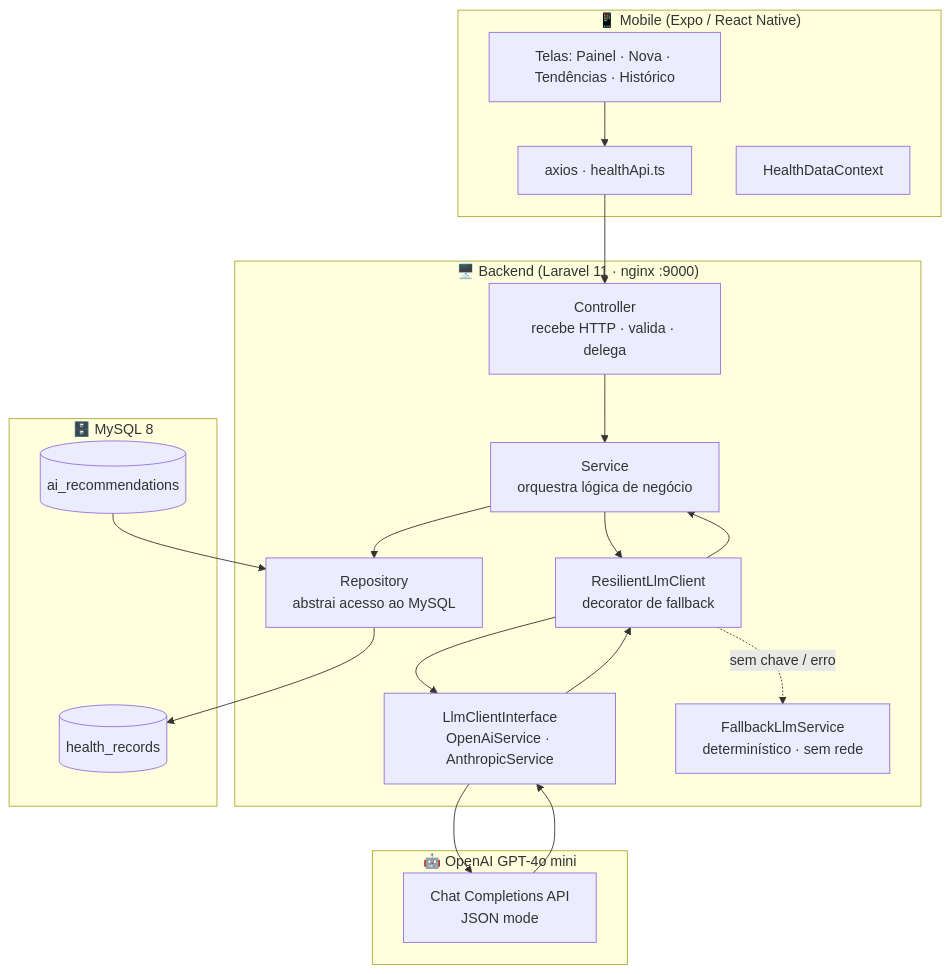
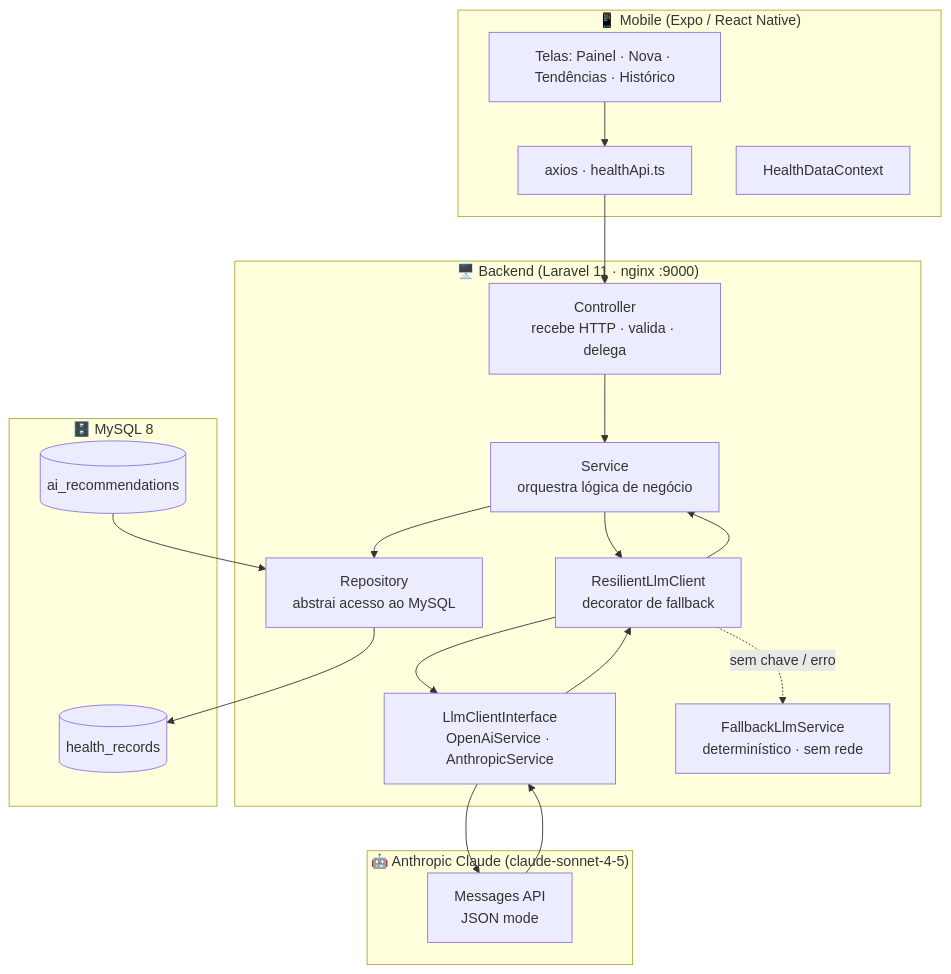
One commit to cesarfauth/health-dashboard-mvp changed the diagram in README.md. Above: the diagram before and after it, drawn with Mermaid. The commit also changed other lines of this file and 2 other files, not shown here.

First line of the commit message:
refactor(llm): set Anthropic claude-sonnet-4-5 as default provider

````diff
--- a/README.md
+++ b/README.md
@@ -96,35 +96,35 @@
 ```mermaid
 graph TD
     subgraph Mobile ["📱 Mobile (Expo / React Native)"]
         UI[Telas: Painel · Nova · Tendências · Histórico]
         AX[axios · healthApi.ts]
         CTX[HealthDataContext]
     end
 
     subgraph Backend ["🖥️ Backend (Laravel 11 · nginx :9000)"]
         CTRL[Controller\nrecebe HTTP · valida · delega]
         SVC[Service\norquestra lógica de negócio]
         REPO[Repository\nabstrai acesso ao MySQL]
         LLM[LlmClientInterface\nOpenAiService · AnthropicService]
         FALL[FallbackLlmService\ndeterminístico · sem rede]
         RES[ResilientLlmClient\ndecorator de fallback]
     end
 
     subgraph DB ["🗄️ MySQL 8"]
         HR[(health_records)]
         AR[(ai_recommendations)]
     end
 
-    subgraph AI ["🤖 OpenAI GPT-4o mini"]
-        CHAT[Chat Completions API\nJSON mode]
+    subgraph AI ["🤖 Anthropic Claude (claude-sonnet-4-5)"]
+        CHAT[Messages API\nJSON mode]
     end
 
     UI --> AX --> CTRL
     CTRL --> SVC
     SVC --> REPO --> HR
     SVC --> RES
     RES --> LLM --> CHAT
     CHAT --> LLM --> RES --> SVC
     RES -.->|"sem chave / erro"| FALL
     AR --> REPO
 ```
````
